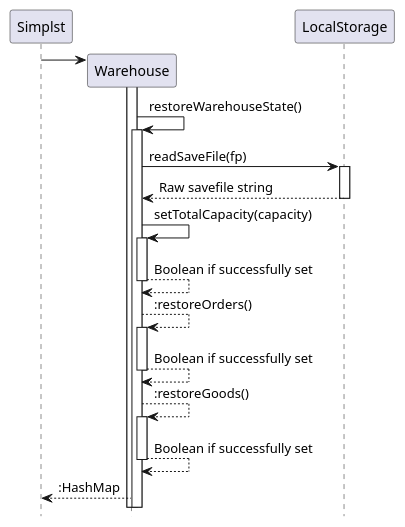
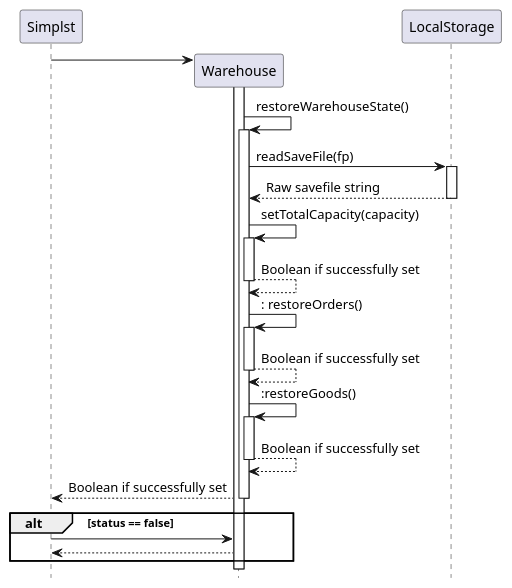
Before and after one commit to nus-cs2113-AY2122S2/tp: the diagram in docs/diagrams/LocalStorage/RestoreStateSequence.puml, drawn with PlantUML. The commit also changed 3 other files, not shown here.

```diff
--- a/docs/diagrams/LocalStorage/RestoreStateSequence.puml
+++ b/docs/diagrams/LocalStorage/RestoreStateSequence.puml
@@ -1,21 +1,29 @@
 @startuml
 'https://plantuml.com/sequence-diagram
 hide footbox
 participant Simplst as S
 participant Warehouse as w
 participant LocalStorage as ls
 
 create w
 S -> w
 activate w
 w -> w ++ : restoreWarehouseState()
 w -> ls ++ : readSaveFile(fp)
 ls --> w -- : Raw savefile string
 w -> w ++ : setTotalCapacity(capacity)
 w --> w -- : Boolean if successfully set
-w --> w ++ : :restoreOrders()
+w -> w ++ : : restoreOrders()
 w --> w -- : Boolean if successfully set
-w --> w ++ : :restoreGoods()
+w -> w ++ : :restoreGoods()
 w --> w -- : Boolean if successfully set
-w --> S : :HashMap
+w --> S : Boolean if successfully set
+deactivate w
+
+alt status == false
+
+S -> w
+w --> S
+end
+
 @enduml
```
